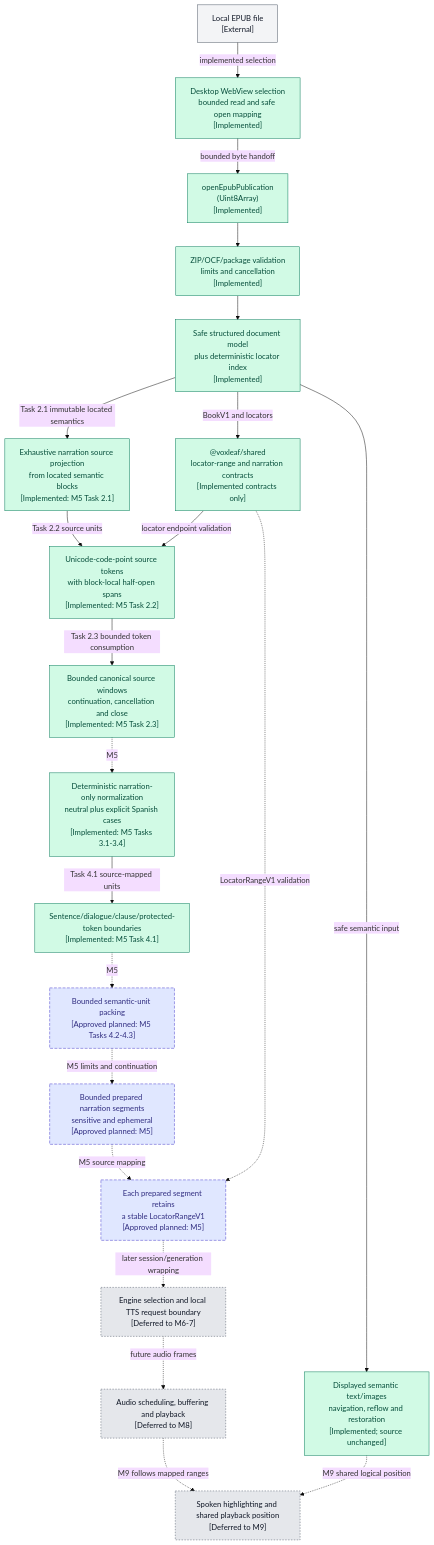
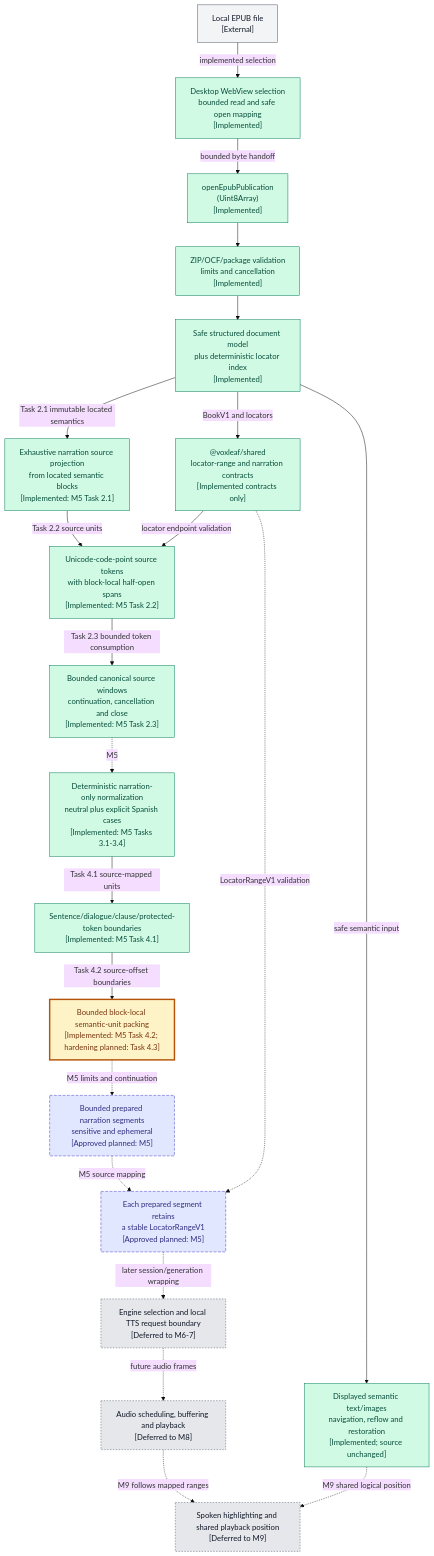
Before and after one commit to mmjosedaniel/voxleaf: the second of 2 diagrams in docs/architecture/system-diagram.md, drawn with Mermaid (base theme). The commit also changed other lines of this file and 14 other files, not shown here.

Commit message:
Implement bounded semantic narration packing (#87)

````diff
--- a/docs/architecture/system-diagram.md
+++ b/docs/architecture/system-diagram.md
@@ -99,47 +99,47 @@
 ```mermaid
 flowchart TB
   classDef implemented fill:#d1fae5,stroke:#047857,color:#064e3b
   classDef inprogress fill:#fef3c7,stroke:#b45309,stroke-width:3px,color:#78350f
   classDef planned fill:#e0e7ff,stroke:#4338ca,stroke-dasharray:6 3,color:#312e81
   classDef deferred fill:#e5e7eb,stroke:#4b5563,stroke-dasharray:3 3,color:#111827
   classDef external fill:#f3f4f6,stroke:#4b5563,color:#111827
 
   file["Local EPUB file<br/>[External]"]:::external
   selection["Desktop WebView selection<br/>bounded read and safe open mapping<br/>[Implemented]"]:::implemented
   opener["openEpubPublication<br/>(Uint8Array)<br/>[Implemented]"]:::implemented
   validation["ZIP/OCF/package validation<br/>limits and cancellation<br/>[Implemented]"]:::implemented
   semantics["Safe structured document model<br/>plus deterministic locator index<br/>[Implemented]"]:::implemented
   visualReader["Displayed semantic text/images<br/>navigation, reflow and restoration<br/>[Implemented; source unchanged]"]:::implemented
   contracts["@voxleaf/shared<br/>locator-range and narration contracts<br/>[Implemented contracts only]"]:::implemented
   sourceSelection["Exhaustive narration source projection<br/>from located semantic blocks<br/>[Implemented: M5 Task 2.1]"]:::implemented
   sourceMapping["Unicode-code-point source tokens<br/>with block-local half-open spans<br/>[Implemented: M5 Task 2.2]"]:::implemented
   sourceWindow["Bounded canonical source windows<br/>continuation, cancellation and close<br/>[Implemented: M5 Task 2.3]"]:::implemented
   normalization["Deterministic narration-only normalization<br/>neutral plus explicit Spanish cases<br/>[Implemented: M5 Tasks 3.1-3.4]"]:::implemented
   boundaryScan["Sentence/dialogue/clause/protected-token boundaries<br/>[Implemented: M5 Task 4.1]"]:::implemented
-  segmentation["Bounded semantic-unit packing<br/>[Approved planned: M5 Tasks 4.2-4.3]"]:::planned
+  segmentation["Bounded block-local semantic-unit packing<br/>[Implemented: M5 Task 4.2; hardening planned: Task 4.3]"]:::inprogress
   boundedSegments["Bounded prepared narration segments<br/>sensitive and ephemeral<br/>[Approved planned: M5]"]:::planned
   mappedSegments["Each prepared segment retains<br/>a stable LocatorRangeV1<br/>[Approved planned: M5]"]:::planned
   ttsBoundary["Engine selection and local TTS request boundary<br/>[Deferred to M6-7]"]:::deferred
   audioPipeline["Audio scheduling, buffering and playback<br/>[Deferred to M8]"]:::deferred
   synchronizedReader["Spoken highlighting and shared playback position<br/>[Deferred to M9]"]:::deferred
 
   file -->|implemented selection| selection
   selection -->|bounded byte handoff| opener
   opener --> validation --> semantics
   semantics -->|safe semantic input| visualReader
   semantics -->|BookV1 and locators| contracts
   semantics -->|Task 2.1 immutable located semantics| sourceSelection
   sourceSelection -->|Task 2.2 source units| sourceMapping
   contracts -->|locator endpoint validation| sourceMapping
   sourceMapping -->|Task 2.3 bounded token consumption| sourceWindow
   sourceWindow -.->|M5| normalization
   normalization -->|Task 4.1 source-mapped units| boundaryScan
-  boundaryScan -.->|M5| segmentation
+  boundaryScan -->|Task 4.2 source-offset boundaries| segmentation
   segmentation -.->|M5 limits and continuation| boundedSegments
   boundedSegments -.->|M5 source mapping| mappedSegments
   contracts -.->|LocatorRangeV1 validation| mappedSegments
   mappedSegments -.->|later session/generation wrapping| ttsBoundary
   ttsBoundary -.->|future audio frames| audioPipeline
   audioPipeline -.->|M9 follows mapped ranges| synchronizedReader
   visualReader -.->|M9 shared logical position| synchronizedReader
 ```
````
